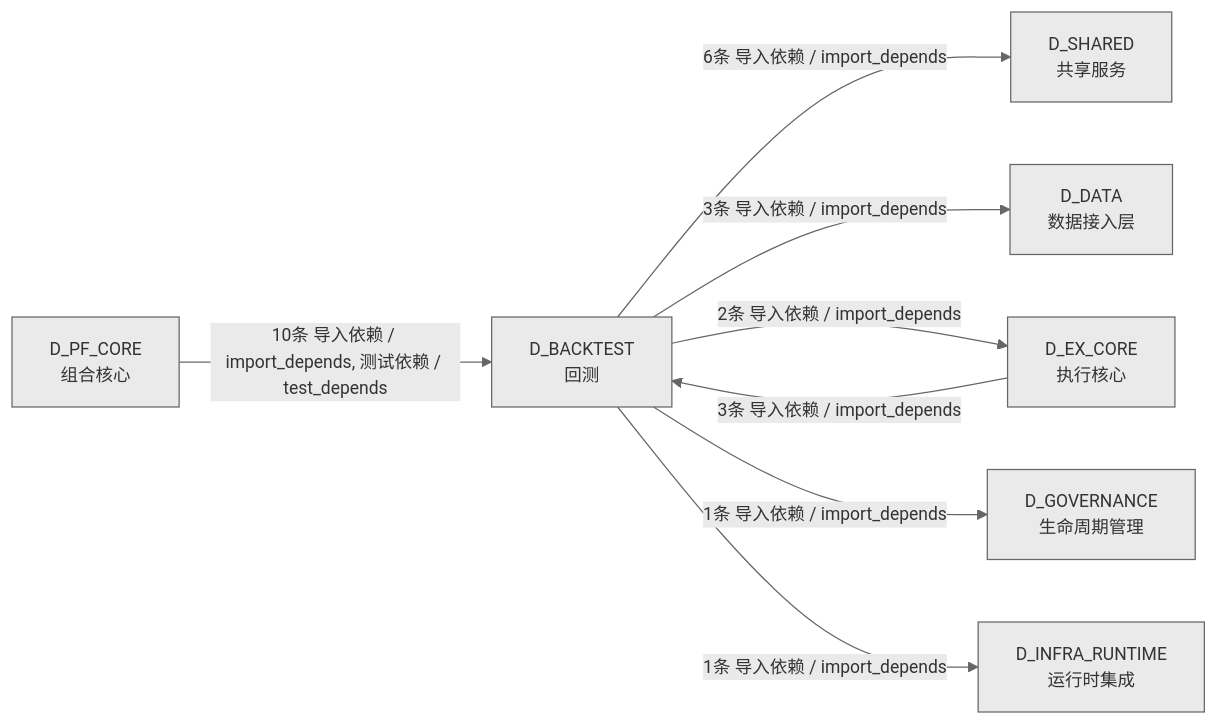
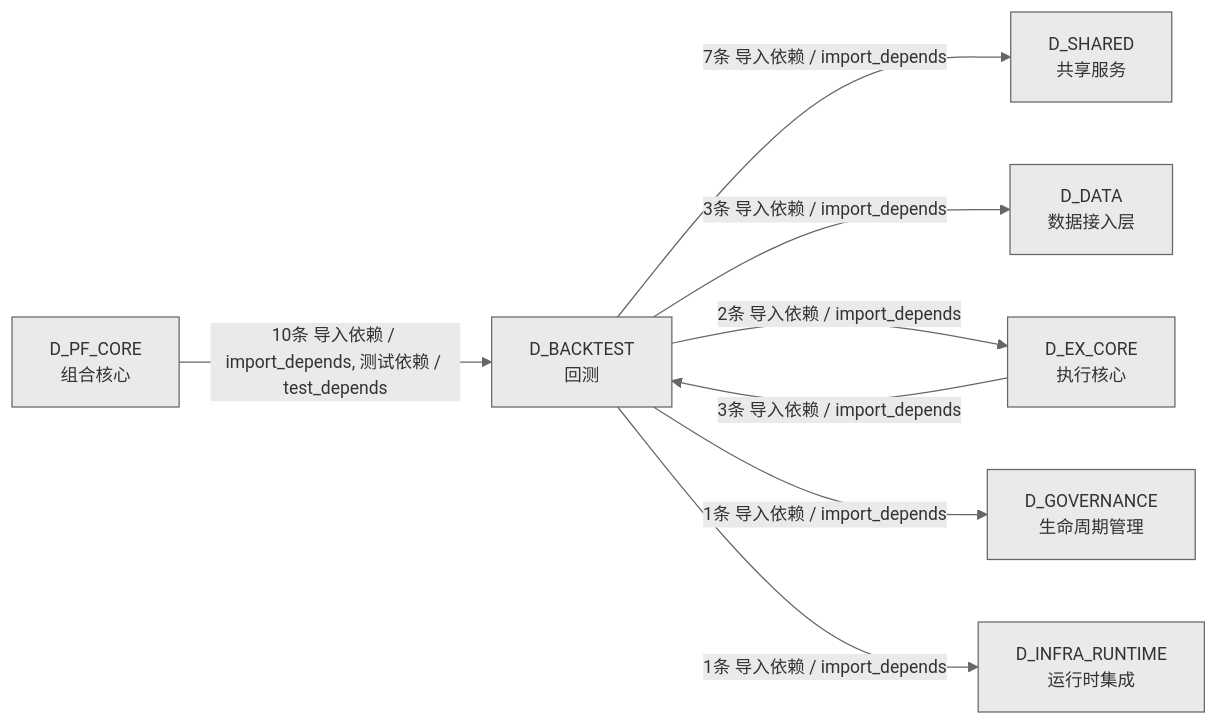
One commit to xuanFelixVan/ZephyrAlpha changed the fourth of 4 diagrams in docs/02_enterprise_architecture/02_domain_architecture_docs/35_d_backtest.md. Above: the diagram before and after it, drawn with Mermaid. The commit also changed other lines of this file and 4 other files, not shown here.

````diff
--- a/docs/02_enterprise_architecture/02_domain_architecture_docs/35_d_backtest.md
+++ b/docs/02_enterprise_architecture/02_domain_architecture_docs/35_d_backtest.md
@@ -339,18 +342,18 @@
 ```mermaid
 %%{init: {'theme': 'base', 'themeVariables': {'primaryColor': '#eaeaea', 'primaryTextColor': '#333333', 'primaryBorderColor': '#666666', 'lineColor': '#666666', 'secondaryColor': '#eaeaea', 'tertiaryColor': '#eaeaea', 'fontSize': '14px'}}}%%
 graph LR
     D_BACKTEST["D_BACKTEST<br/>回测"]
     D_SHARED["D_SHARED<br/>共享服务"]
     D_DATA["D_DATA<br/>数据接入层"]
     D_EX_CORE["D_EX_CORE<br/>执行核心"]
     D_GOVERNANCE["D_GOVERNANCE<br/>生命周期管理"]
     D_INFRA_RUNTIME["D_INFRA_RUNTIME<br/>运行时集成"]
     D_PF_CORE["D_PF_CORE<br/>组合核心"]
-    D_BACKTEST -->|6条 导入依赖 / import_depends| D_SHARED
+    D_BACKTEST -->|7条 导入依赖 / import_depends| D_SHARED
     D_BACKTEST -->|3条 导入依赖 / import_depends| D_DATA
     D_BACKTEST -->|2条 导入依赖 / import_depends| D_EX_CORE
     D_BACKTEST -->|1条 导入依赖 / import_depends| D_GOVERNANCE
     D_BACKTEST -->|1条 导入依赖 / import_depends| D_INFRA_RUNTIME
     D_PF_CORE -->|10条 导入依赖 / import_depends, 测试依赖 / test_depends| D_BACKTEST
     D_EX_CORE -->|3条 导入依赖 / import_depends| D_BACKTEST
 ```
````
